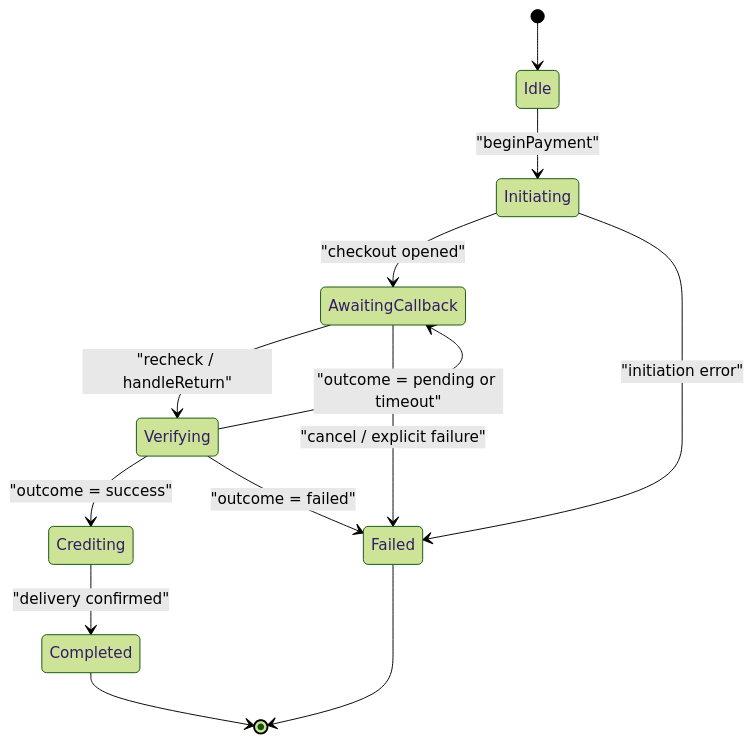
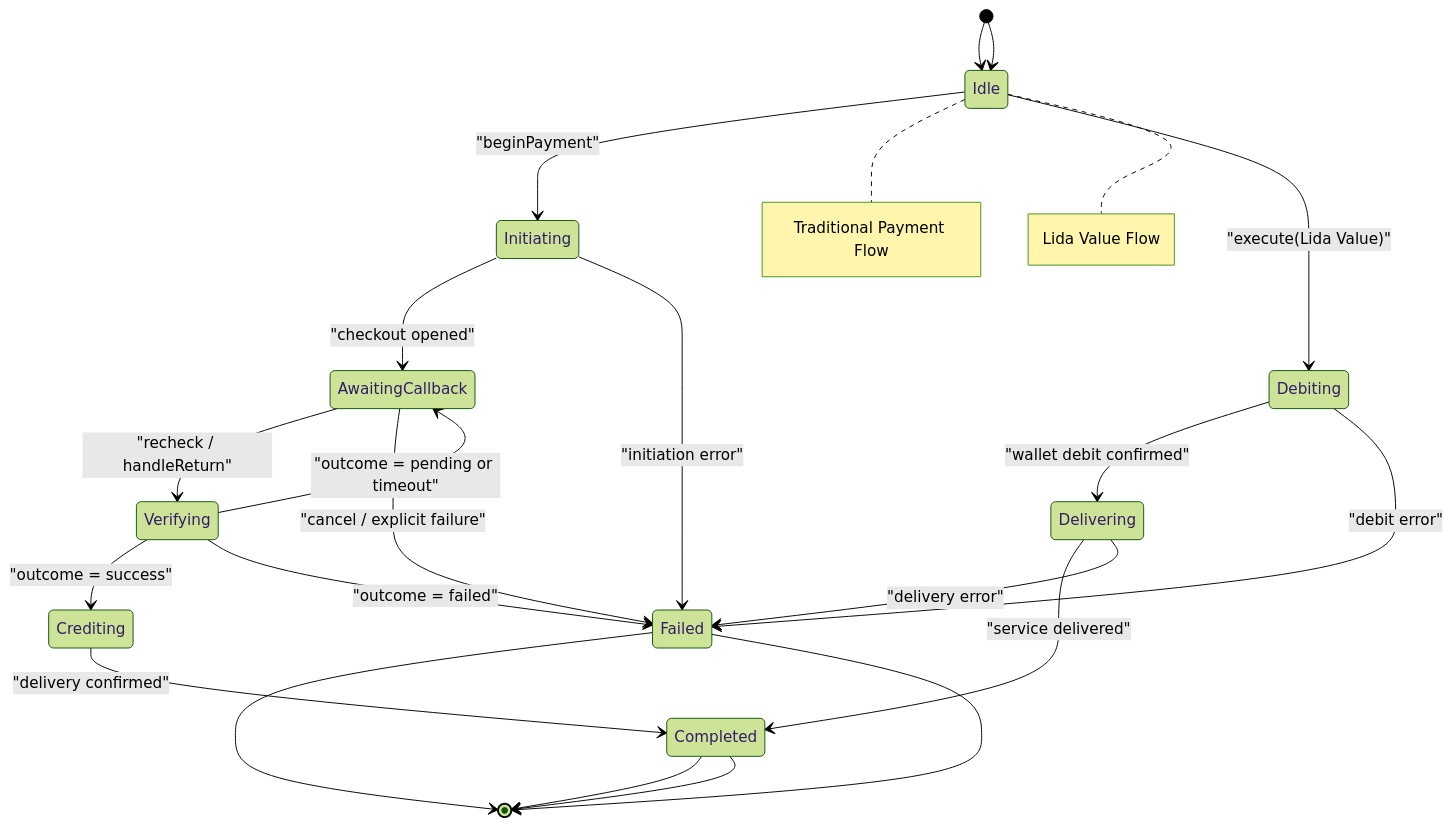
One commit to Advanstech/Lidapay-shop changed the tenth of 13 diagrams in .qoder/repowiki/en/content/Payment Processing/Payment Processing.md. Above: the diagram before and after it, drawn with Mermaid (forest theme). The commit also changed other lines of this file and 174 other files, not shown here.

````diff
--- a/.qoder/repowiki/en/content/Payment Processing/Payment Processing.md
+++ b/.qoder/repowiki/en/content/Payment Processing/Payment Processing.md
@@ -486,15 +614,25 @@
 ```mermaid
 stateDiagram-v2
 [*] --> Idle
 Idle --> Initiating : "beginPayment"
 Initiating --> AwaitingCallback : "checkout opened"
 Initiating --> Failed : "initiation error"
 AwaitingCallback --> Verifying : "recheck / handleReturn"
 Verifying --> Crediting : "outcome = success"
 Verifying --> AwaitingCallback : "outcome = pending or timeout"
 Verifying --> Failed : "outcome = failed"
 Crediting --> Completed : "delivery confirmed"
 AwaitingCallback --> Failed : "cancel / explicit failure"
 Completed --> [*]
 Failed --> [*]
+note right of Idle : Traditional Payment Flow
+[*] --> Idle
+Idle --> Debiting : "execute(Lida Value)"
+Debiting --> Delivering : "wallet debit confirmed"
+Delivering --> Completed : "service delivered"
+Delivering --> Failed : "delivery error"
+Debiting --> Failed : "debit error"
+Completed --> [*]
+Failed --> [*]
+note right of Idle : Lida Value Flow
 ```
````
